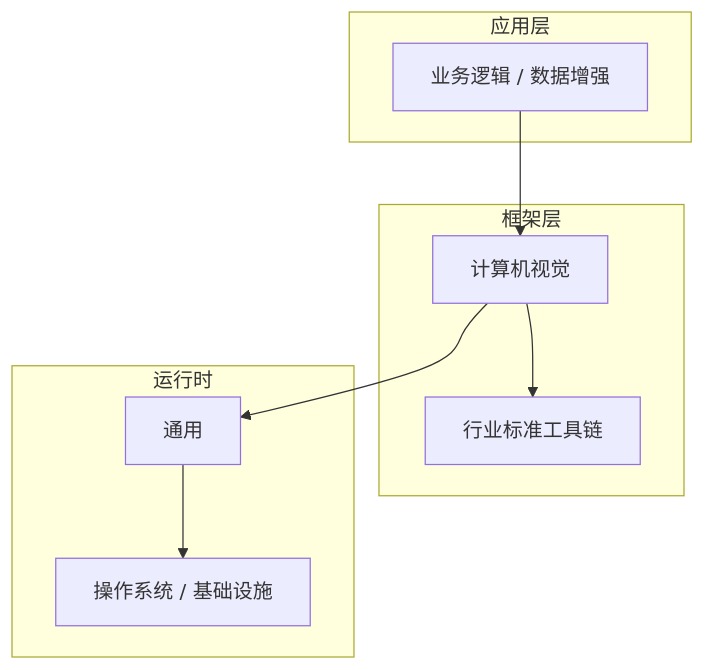
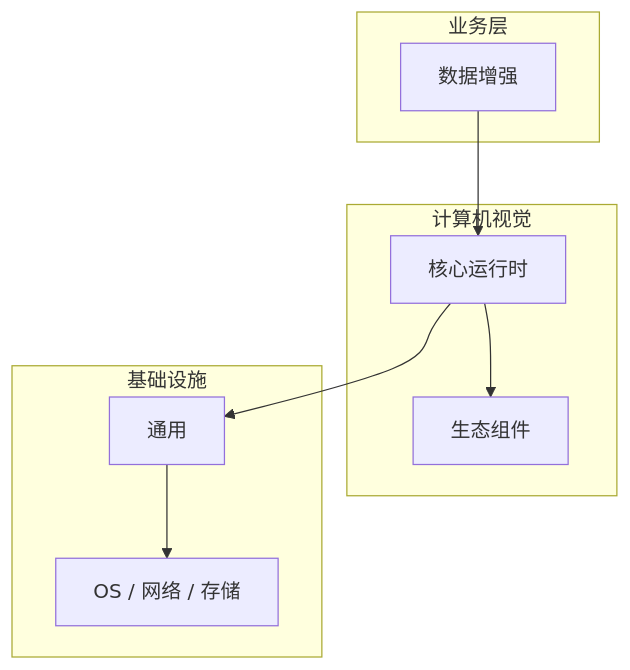
One commit to yanggan2015/knowledge-json-v2 changed the diagram in articles/计算机视觉/chapters/091-数据增强核心概念与原理.md. Above: the diagram before and after it, drawn with Mermaid. The commit also changed other lines of this file and 10127 other files, not shown here.

````diff
--- a/articles/计算机视觉/chapters/091-数据增强核心概念与原理.md
+++ b/articles/计算机视觉/chapters/091-数据增强核心概念与原理.md
@@ -45,18 +30,18 @@
 ```mermaid
 graph TB
-    subgraph 应用层
-        A[业务逻辑 / 数据增强]
+    subgraph 业务层
+        A[数据增强]
     end
-    subgraph 框架层
-        B[计算机视觉]
-        C[行业标准工具链]
+    subgraph 计算机视觉
+        B[核心运行时]
+        C[生态组件]
     end
-    subgraph 运行时
+    subgraph 基础设施
         D[通用]
-        E[操作系统 / 基础设施]
+        E[OS / 网络 / 存储]
     end
     A --> B
     B --> C
     B --> D
     D --> E
 ```
````
